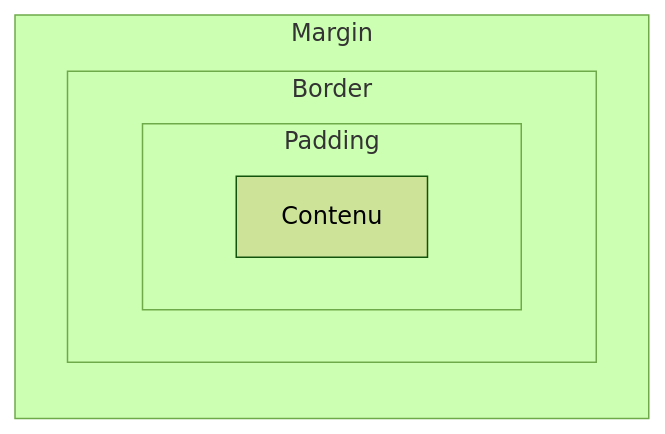
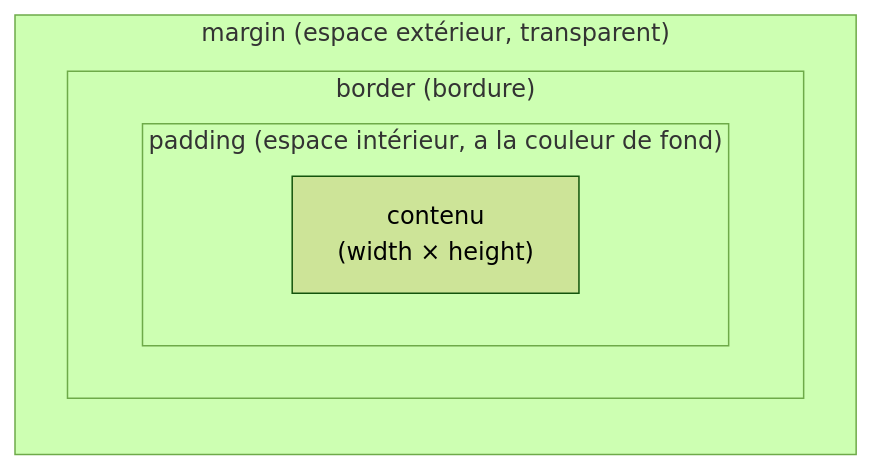
The diagram in 03-Langage/HTML-CSS/CSS-02-Box-Model.md (galsen-76/Informatique-), drawn with Mermaid (forest theme) before and after one commit. The commit also changed other lines of this file and 41 other files, not shown here.

````diff
--- a/03-Langage/HTML-CSS/CSS-02-Box-Model.md
+++ b/03-Langage/HTML-CSS/CSS-02-Box-Model.md
@@ -64,10 +27,10 @@
 ```mermaid
 flowchart LR
-  subgraph Margin
-    subgraph Border
-      subgraph Padding
-        C["Contenu"]
+  subgraph M["margin (espace extérieur, transparent)"]
+    subgraph B["border (bordure)"]
+      subgraph P["padding (espace intérieur, a la couleur de fond)"]
+        C["contenu<br/>(width × height)"]
       end
     end
   end
 ```
````
